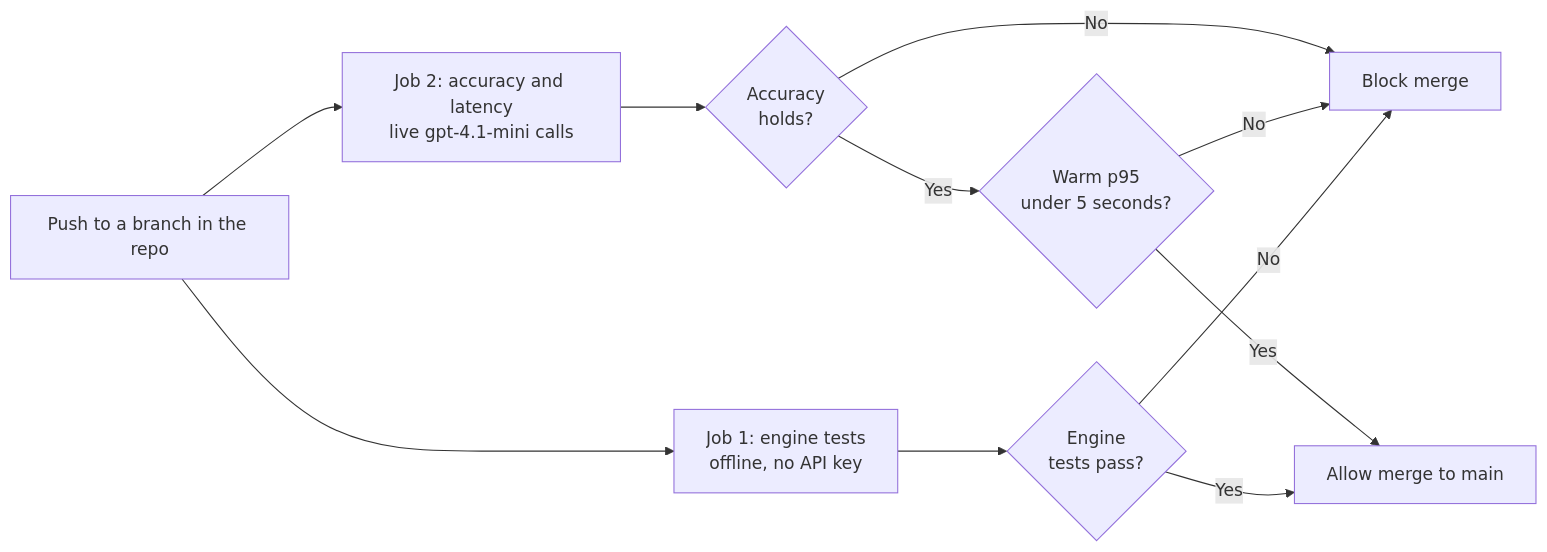
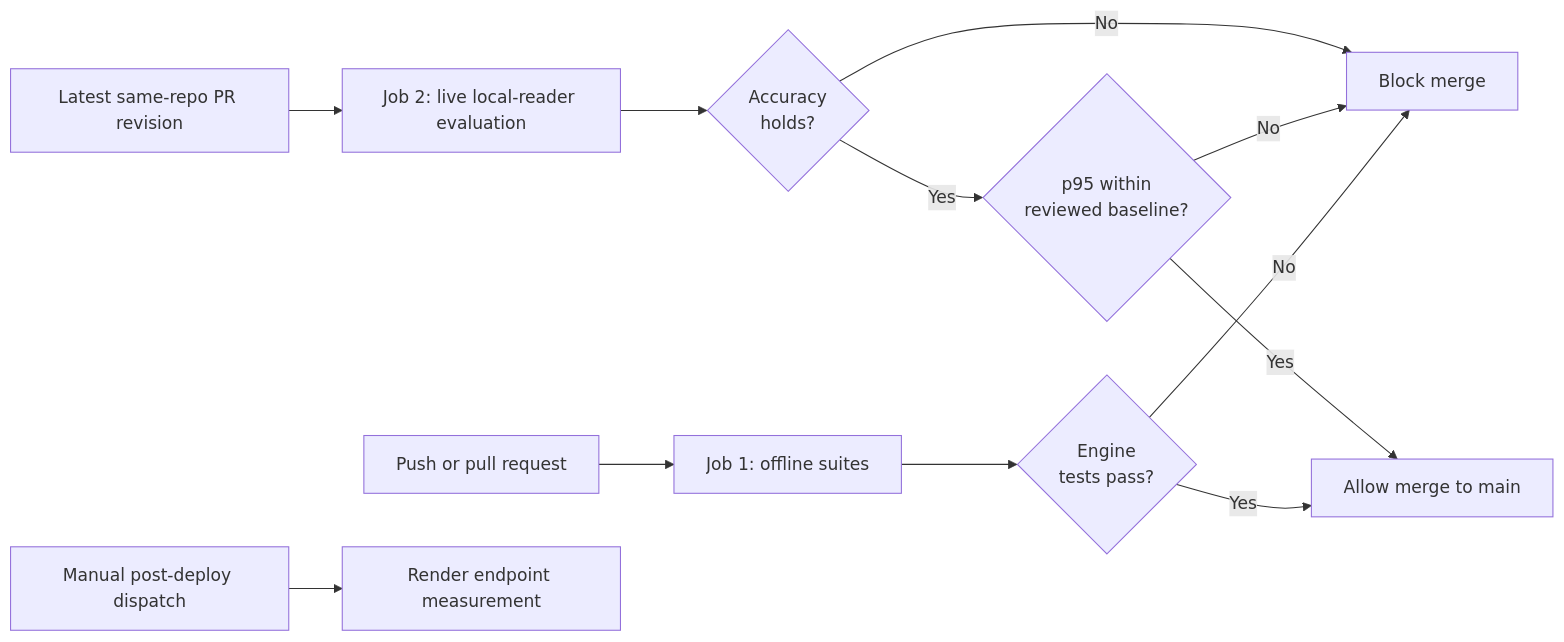
One commit to Jonathan1600/ai-powered-alcohol-label-verification-app changed the sixth of 6 diagrams in docs/architecture.md. Above: the diagram before and after it, drawn with Mermaid. The commit also changed other lines of this file and 8 other files, not shown here.

Commit message:
feat(evaluation): add live regression gate

````diff
--- a/docs/architecture.md
+++ b/docs/architecture.md
@@ -153,13 +153,14 @@
 ```mermaid
 flowchart LR
-    Push["Push to a branch in the repo"] --> J1["Job 1: engine tests<br/>offline, no API key"]
-    Push --> J2["Job 2: accuracy and latency<br/>live gpt-4.1-mini calls"]
+    Push["Push or pull request"] --> J1["Job 1: offline suites"]
+    PR["Latest same-repo PR revision"] --> J2["Job 2: live local-reader evaluation"]
+    Deploy["Manual post-deploy dispatch"] --> J3["Render endpoint measurement"]
     J1 --> E{"Engine<br/>tests pass?"}
     J2 --> A{"Accuracy<br/>holds?"}
     A -->|No| Block["Block merge"]
-    A -->|Yes| L{"Warm p95<br/>under 5 seconds?"}
+    A -->|Yes| L{"p95 within<br/>reviewed baseline?"}
     L -->|No| Block
     L -->|Yes| Allow["Allow merge to main"]
     E -->|No| Block
     E -->|Yes| Allow
 ```
````
